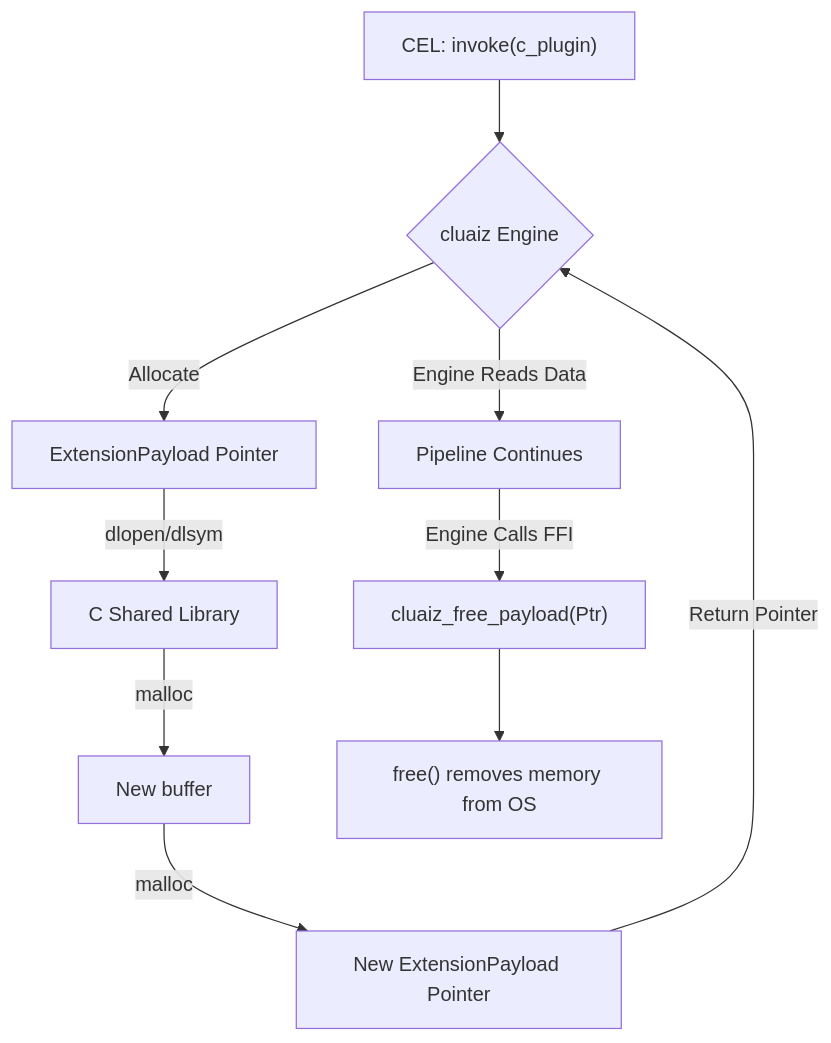
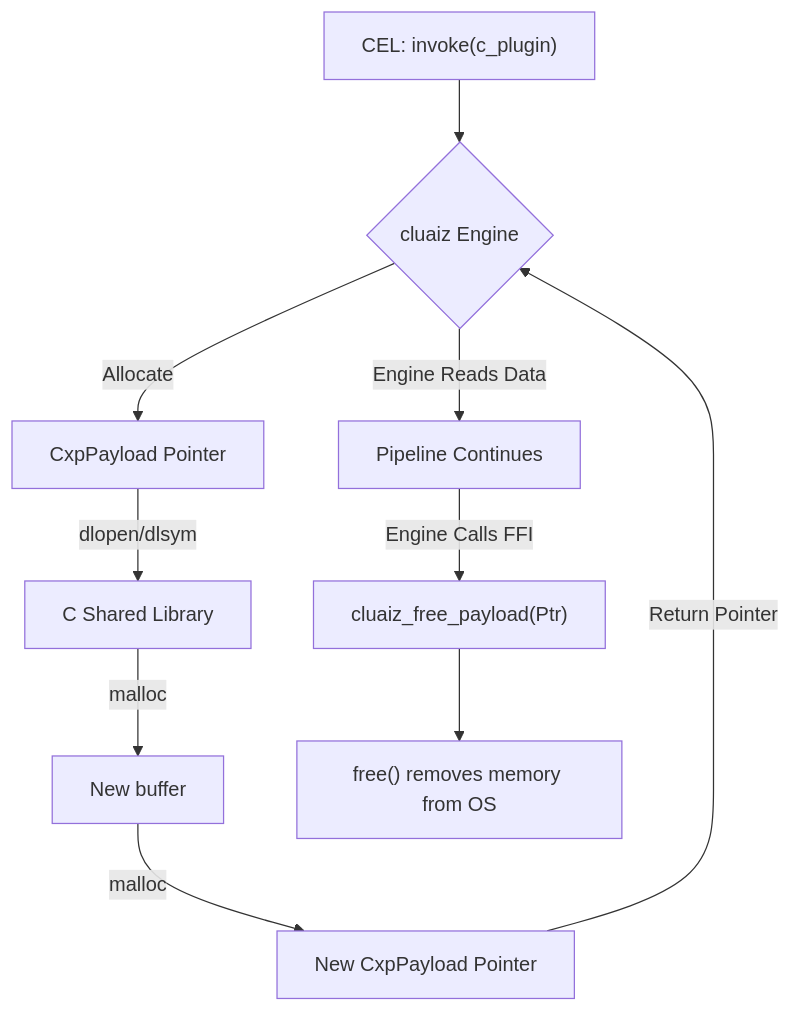
Before and after one commit to ayan-kushwaha/Cluaiz-: the diagram in docs/cel/sdk/c-ffi.md, drawn with Mermaid. The commit also changed other lines of this file and 109 other files, not shown here.

````diff
--- a/docs/cel/sdk/c-ffi.md
+++ b/docs/cel/sdk/c-ffi.md
@@ -91,17 +91,17 @@
 ```mermaid
 flowchart TD
     A["CEL: invoke(c_plugin)"] --> B{"cluaiz Engine"}
     
-    B -->|Allocate| C["ExtensionPayload Pointer"]
+    B -->|Allocate| C["CxpPayload Pointer"]
     
     C -->|dlopen/dlsym| D["C Shared Library"]
     
     D -->|malloc| E["New buffer"]
-    E -->|malloc| F["New ExtensionPayload Pointer"]
+    E -->|malloc| F["New CxpPayload Pointer"]
     
     F -->|Return Pointer| B
     B -->|Engine Reads Data| G["Pipeline Continues"]
     
     G -->|Engine Calls FFI| H["cluaiz_free_payload(Ptr)"]
     H --> I["free() removes memory from OS"]
 ```
````
